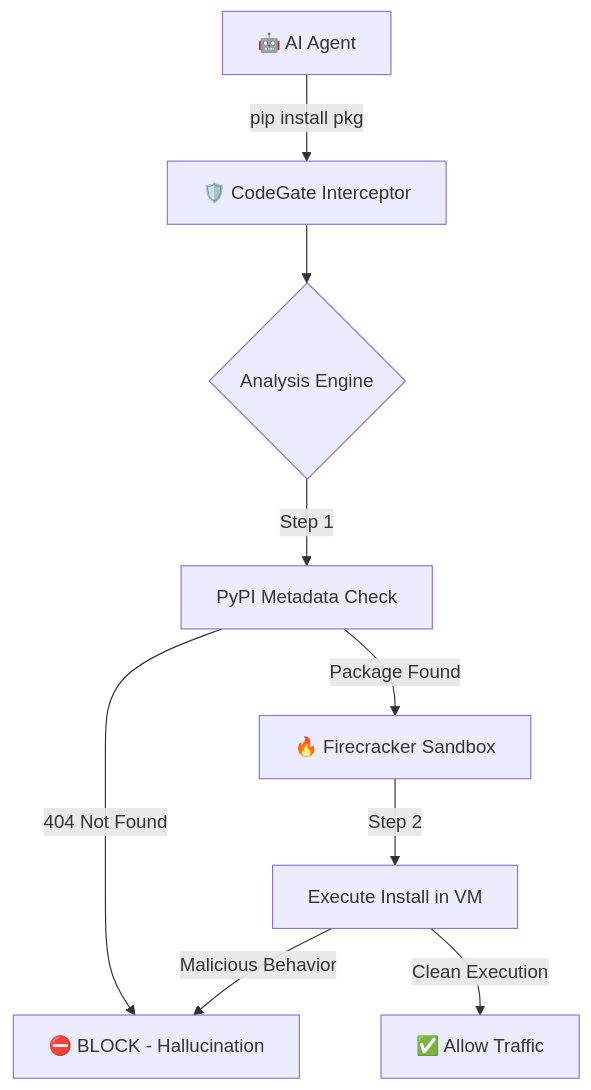
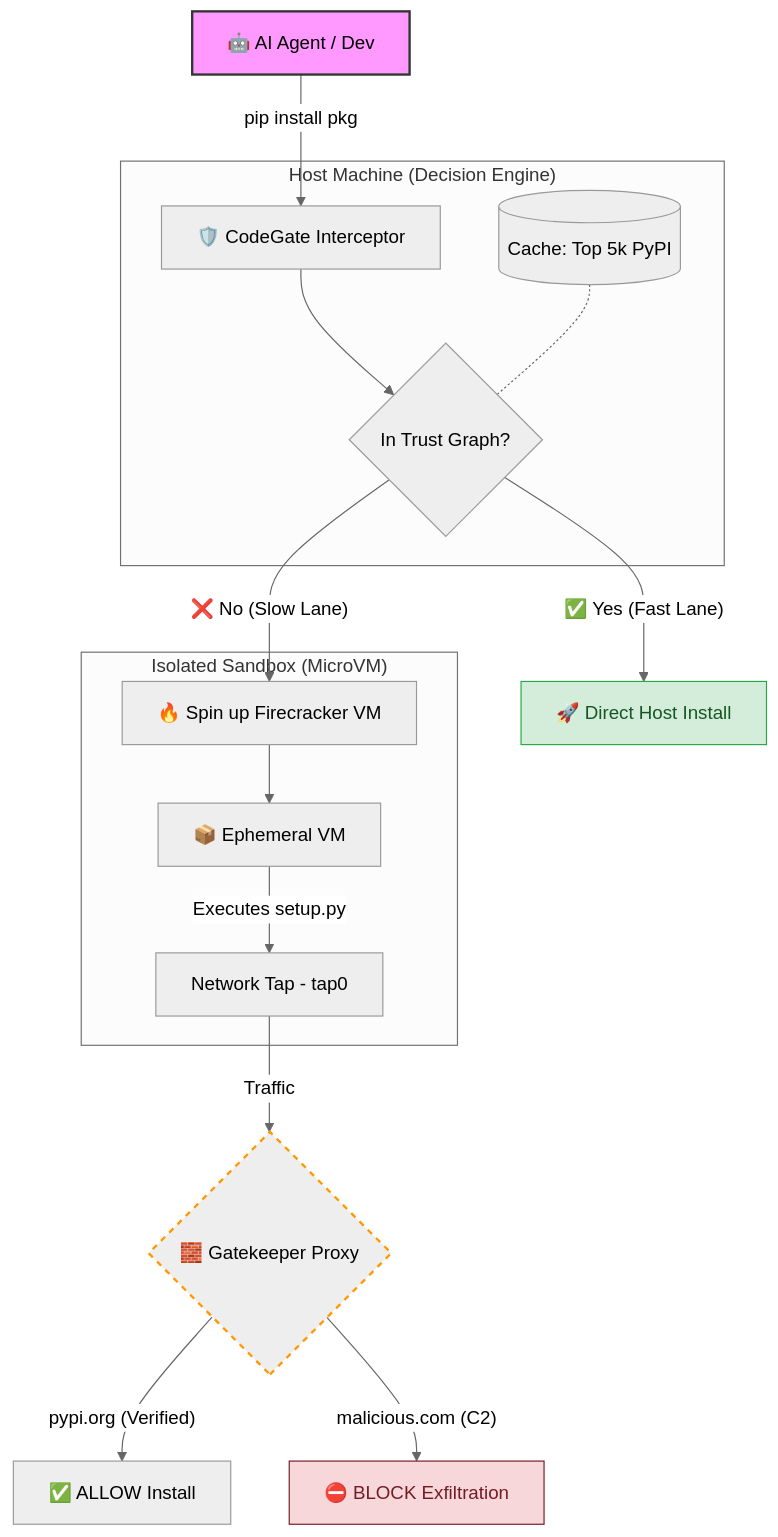
Before and after one commit to dariomonopoli-dev/codegate-cli: the diagram in README.md, drawn with Mermaid. The commit also changed other lines of this file, not shown here.

First line of the commit message:
Revise README for Zero Trust Runtime and usage details

````diff
--- a/README.md
+++ b/README.md
@@ -60,11 +54,28 @@
 ```mermaid
+%%{init: {'theme': 'neutral', 'themeVariables': { 'primaryColor': '#ff6347', 'edgeLabelBackground':'#ffffff', 'tertiaryColor': '#f0f0f0'}}}%%
 graph TD
-    A[🤖 AI Agent] -->|pip install pkg| B[🛡️ CodeGate Interceptor]
-    B --> C{Analysis Engine}
-    C -->|Step 1| D[PyPI Metadata Check]
-    D -- 404 Not Found --> E[⛔ BLOCK - Hallucination]
-    D -- Package Found --> F[🔥 Firecracker Sandbox]
-    F -->|Step 2| G[Execute Install in VM]
-    G -- Malicious Behavior --> E
-    G -- Clean Execution --> H[✅ Allow Traffic]
+    agent[🤖 AI Agent / Dev] -->|pip install pkg| interceptor[🛡️ CodeGate Interceptor]
+
+    subgraph "Host Machine (Decision Engine)"
+        interceptor --> check{In Trust Graph?}
+        trust[(Cache: Top 5k PyPI)] -.- check
+    end
+
+    check -- "✅ Yes (Fast Lane)" --> host_install[🚀 Direct Host Install]
+    check -- "❌ No (Slow Lane)" --> isolation[🔥 Spin up Firecracker VM]
+
+    subgraph "Isolated Sandbox (MicroVM)"
+        isolation --> vm[📦 Ephemeral VM]
+        vm -->|Executes setup.py| net_tap[Network Tap - tap0]
+    end
+
+    net_tap -->|Traffic| gatekeeper{🧱 Gatekeeper Proxy}
+
+    gatekeeper -- "pypi.org (Verified)" --> allowed[✅ ALLOW Install]
+    gatekeeper -- "malicious.com (C2)" --> blocked[⛔ BLOCK Exfiltration]
+
+    style agent fill:#f9f,stroke:#333,stroke-width:2px
+    style host_install fill:#d4edda,stroke:#28a745,color:#155724
+    style blocked fill:#f8d7da,stroke:#721c24,color:#721c24
+    style gatekeeper stroke:#ff9900,stroke-width:2px,stroke-dasharray: 5 5
 ```
````
